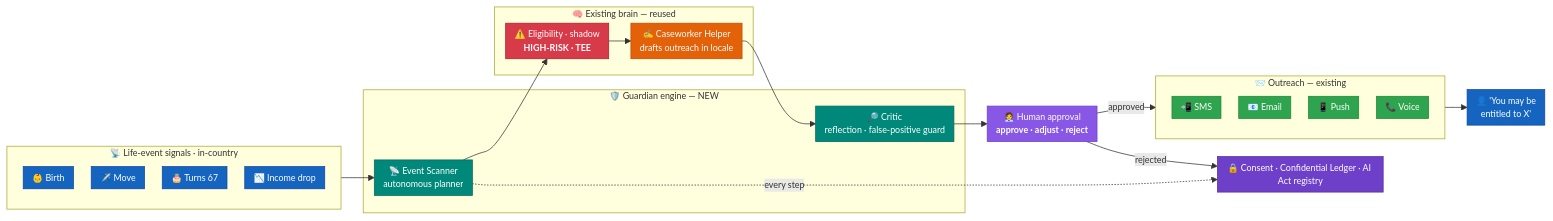
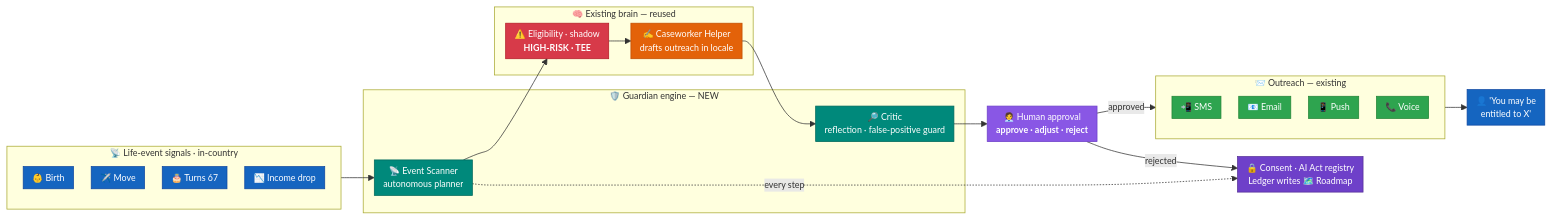
The second of 5 diagrams in README.md (fredgis/UDCSP), drawn with Mermaid before and after one commit. The commit also changed other lines of this file and 37 other files, not shown here.

````diff
--- a/README.md
+++ b/README.md
@@ -293,54 +295,54 @@
 ```mermaid
 %%{ init: { 'flowchart': { 'nodeSpacing': 24, 'rankSpacing': 30, 'padding': 6 }, 'themeVariables': { 'fontSize': '12px' } } }%%
 graph LR
     subgraph SIG["📡 Life-event signals · in-country"]
         Birth["👶 Birth"]
         Move["✈️ Move"]
         Age["🎂 Turns 67"]
         Job["📉 Income drop"]
     end
 
     subgraph ENG["🛡️ Guardian engine — NEW"]
         Scan["📡 Event Scanner<br/>autonomous planner"]
         Critic["🔎 Critic<br/>reflection · false-positive guard"]
     end
 
     subgraph REUSE["🧠 Existing brain — reused"]
         Eli["⚠️ Eligibility · shadow<br/><b>HIGH-RISK · TEE</b>"]
         Help["✍️ Caseworker Helper<br/>drafts outreach in locale"]
     end
 
     Human["🧑‍💼 Human approval<br/><b>approve · adjust · reject</b>"]
 
     subgraph OUT["📨 Outreach — existing"]
         SMS["📲 SMS"]
         Email["📧 Email"]
         Push["📱 Push"]
         Voice["📞 Voice"]
     end
 
     Citizen["👤 'You may be<br/>entitled to X'"]
-    Gov["🔒 Consent · Confidential Ledger · AI Act registry"]
+    Gov["🔒 Consent · AI Act registry<br/>Ledger writes 🗺️ Roadmap"]
 
     SIG --> Scan --> Eli --> Help --> Critic --> Human
     Human -- approved --> OUT --> Citizen
     Scan -. every step .-> Gov
     Human -- rejected --> Gov
 
     classDef sig fill:#1565c0,stroke:#0d47a1,color:#fff
     classDef new fill:#00897b,stroke:#00695c,color:#fff
     classDef hi fill:#d73a49,stroke:#b31d28,color:#fff
     classDef agent fill:#e36209,stroke:#c24e00,color:#fff
     classDef human fill:#8957e5,stroke:#6e40c9,color:#fff
     classDef chan fill:#2ea44f,stroke:#238636,color:#fff
     classDef gov fill:#6e40c9,stroke:#553098,color:#fff
 
     class Birth,Move,Age,Job sig
     class Scan,Critic new
     class Eli hi
     class Help agent
     class Human human
     class SMS,Email,Push,Voice chan
     class Citizen sig
     class Gov gov
 ```
````
